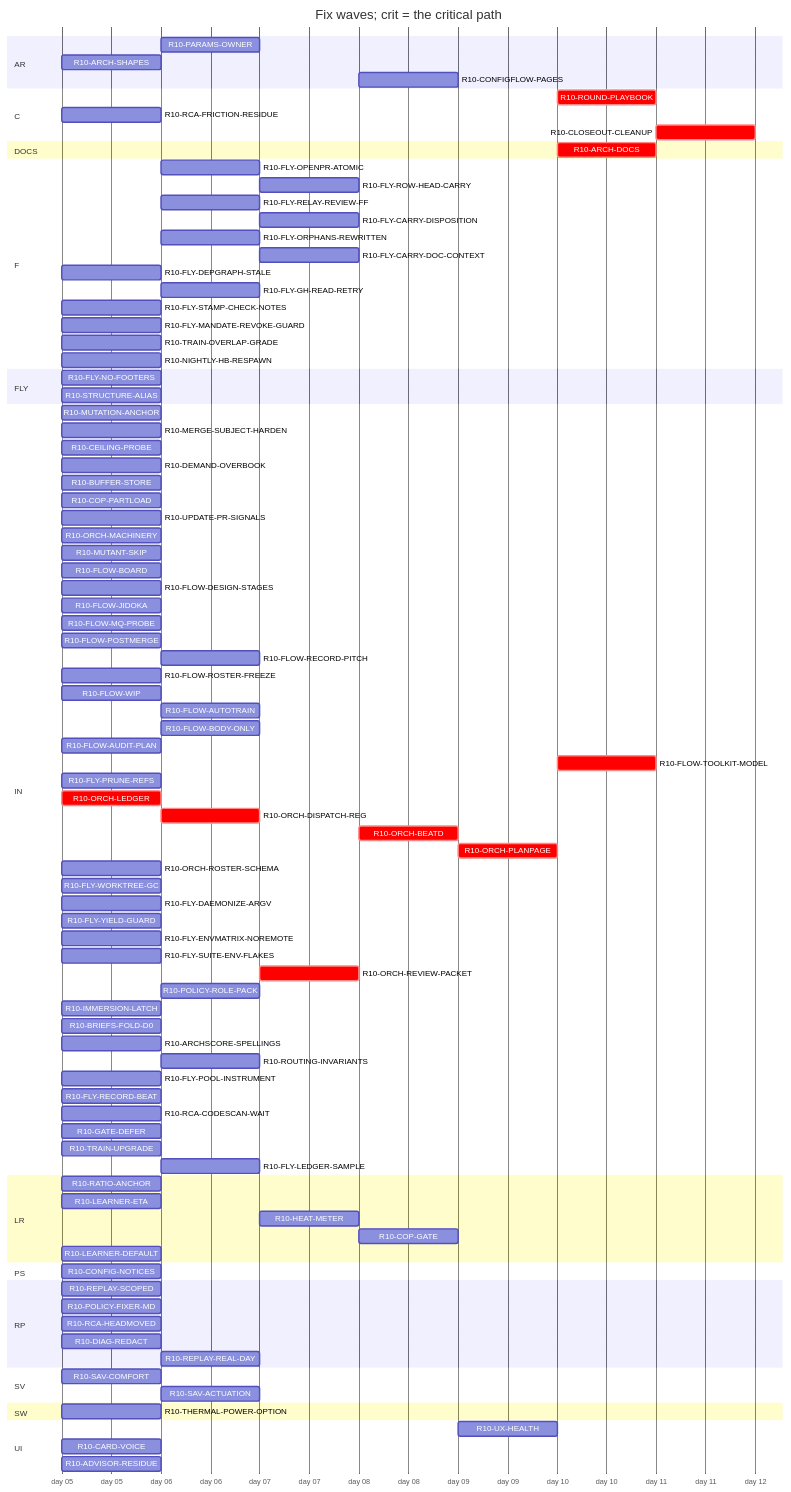
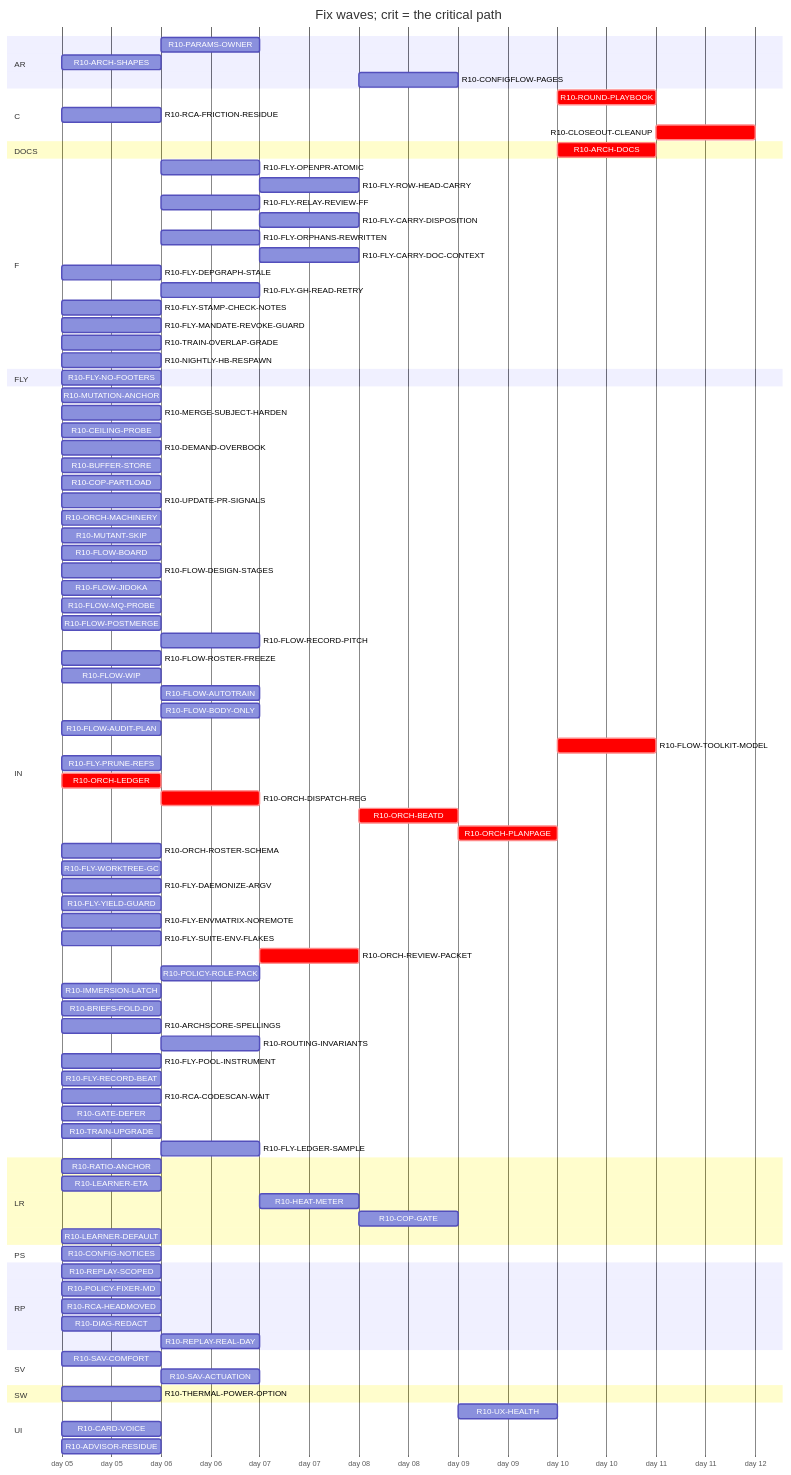
Before and after one commit to tvofi/heatpump_optimizer: the diagram in handoff/round10/state/PLAN-TABLE.md, drawn with Mermaid. The commit also changed other lines of this file and 2 other files, not shown here.

```diff
--- a/handoff/round10/state/PLAN-TABLE.md
+++ b/handoff/round10/state/PLAN-TABLE.md
@@ -36,7 +36,7 @@
     R10-RCA-FRICTION-RESIDUE :r10RCAFRICTIONRESIDUE, 2026-01-05, 1d
     R10-CLOSEOUT-CLEANUP :crit, r10CLOSEOUTCLEANUP, after r10FLYPRUNEREFS r10FLYWORKTREEGC r10ARCHDOCS r10ROUNDPLAYBOOK, 1d
   section DOCS
-    R10-ARCH-DOCS :crit, r10ARCHDOCS, after r10RATIOANCHOR r10CONFIGNOTICES r10PARAMSOWNER r10ARCHSHAPES r10LEARNERETA r10HEATMETER r10COPGATE r10UXHEALTH r10CONFIGFLOWPAGES r10REPLAYSCOPED r10POLICYFIXERMD r10RCAHEADMOVED r10SAVCOMFORT r10MUTATIONANCHOR r10MERGESUBJECTHARDEN r10CEILINGPROBE r10DEMANDOVERBOOK r10BUFFERSTORE r10COPPARTLOAD r10UPDATEPRSIGNALS r10CARDVOICE r10THERMALPOWEROPTION r10LEARNERDEFAULT r10MUTANTSKIP r10FLOWBOARD r10FLOWDESIGNSTAGES r10FLOWJIDOKA r10FLOWMQPROBE r10FLOWPOSTMERGE r10FLOWRECORDPITCH r10FLOWROSTERFREEZE r10FLOWWIP r10FLOWAUTOTRAIN r10FLOWBODYONLY r10FLYOPENPRATOMIC r10FLYROWHEADCARRY r10FLOWAUDITPLAN r10FLYRELAYREVIEWFF r10FLYCARRYDISPOSITION r10FLYORPHANSREWRITTEN r10FLYCARRYDOCCONTEXT r10FLYDEPGRAPHSTALE r10FLOWTOOLKITMODEL r10FLYSTAMPCHECKNOTES r10FLYMANDATEREVOKEGUARD r10RCAFRICTIONRESIDUE r10TRAINOVERLAPGRADE r10NIGHTLYHBRESPAWN r10FLYPRUNEREFS r10ORCHLEDGER r10ORCHDISPATCHREG r10ORCHBEATD r10ORCHPLANPAGE r10ORCHROSTERSCHEMA r10FLYWORKTREEGC r10FLYDAEMONIZEARGV r10FLYYIELDGUARD r10FLYENVMATRIXNOREMOTE r10STRUCTUREALIAS r10ORCHREVIEWPACKET r10POLICYROLEPACK r10IMMERSIONLATCH r10DIAGREDACT r10ADVISORRESIDUE r10BRIEFSFOLDD0 r10REPLAYREALDAY r10ARCHSCORESPELLINGS r10ROUTINGINVARIANTS r10SAVACTUATION r10FLYPOOLINSTRUMENT r10FLYRECORDBEAT r10RCACODESCANWAIT r10GATEDEFER r10TRAINUPGRADE r10FLYLEDGERSAMPLE, 1d
+    R10-ARCH-DOCS :crit, r10ARCHDOCS, after r10RATIOANCHOR r10CONFIGNOTICES r10PARAMSOWNER r10ARCHSHAPES r10LEARNERETA r10HEATMETER r10COPGATE r10UXHEALTH r10CONFIGFLOWPAGES r10REPLAYSCOPED r10POLICYFIXERMD r10RCAHEADMOVED r10SAVCOMFORT r10MUTATIONANCHOR r10MERGESUBJECTHARDEN r10CEILINGPROBE r10DEMANDOVERBOOK r10BUFFERSTORE r10COPPARTLOAD r10UPDATEPRSIGNALS r10CARDVOICE r10THERMALPOWEROPTION r10LEARNERDEFAULT r10MUTANTSKIP r10FLOWBOARD r10FLOWDESIGNSTAGES r10FLOWJIDOKA r10FLOWMQPROBE r10FLOWPOSTMERGE r10FLOWRECORDPITCH r10FLOWROSTERFREEZE r10FLOWWIP r10FLOWAUTOTRAIN r10FLOWBODYONLY r10FLYOPENPRATOMIC r10FLYROWHEADCARRY r10FLOWAUDITPLAN r10FLYRELAYREVIEWFF r10FLYCARRYDISPOSITION r10FLYORPHANSREWRITTEN r10FLYCARRYDOCCONTEXT r10FLYDEPGRAPHSTALE r10FLOWTOOLKITMODEL r10FLYSTAMPCHECKNOTES r10FLYMANDATEREVOKEGUARD r10RCAFRICTIONRESIDUE r10TRAINOVERLAPGRADE r10NIGHTLYHBRESPAWN r10FLYPRUNEREFS r10ORCHLEDGER r10ORCHDISPATCHREG r10ORCHBEATD r10ORCHPLANPAGE r10ORCHROSTERSCHEMA r10FLYWORKTREEGC r10FLYDAEMONIZEARGV r10FLYYIELDGUARD r10FLYENVMATRIXNOREMOTE r10ORCHREVIEWPACKET r10POLICYROLEPACK r10IMMERSIONLATCH r10DIAGREDACT r10ADVISORRESIDUE r10BRIEFSFOLDD0 r10REPLAYREALDAY r10ARCHSCORESPELLINGS r10ROUTINGINVARIANTS r10SAVACTUATION r10FLYPOOLINSTRUMENT r10FLYRECORDBEAT r10RCACODESCANWAIT r10GATEDEFER r10TRAINUPGRADE r10FLYLEDGERSAMPLE, 1d
   section F
     R10-FLY-OPENPR-ATOMIC :r10FLYOPENPRATOMIC, after r10UPDATEPRSIGNALS, 1d
     R10-FLY-ROW-HEAD-CARRY :r10FLYROWHEADCARRY, after r10FLYOPENPRATOMIC r10FLOWMQPROBE, 1d
@@ -52,7 +52,6 @@
     R10-NIGHTLY-HB-RESPAWN :r10NIGHTLYHBRESPAWN, 2026-01-05, 1d
   section FLY
     R10-FLY-NO-FOOTERS :r10FLYNOFOOTERS, 2026-01-05, 1d
-    R10-STRUCTURE-ALIAS :r10STRUCTUREALIAS, 2026-01-05, 1d
   section IN
     R10-MUTATION-ANCHOR :r10MUTATIONANCHOR, 2026-01-05, 1d
     R10-MERGE-SUBJECT-HARDEN :r10MERGESUBJECTHARDEN, 2026-01-05, 1d
```
